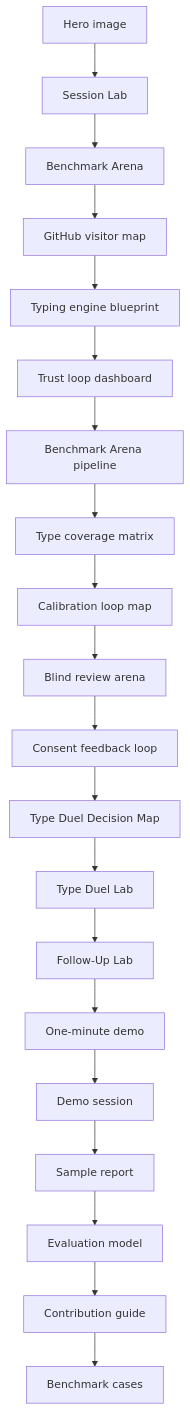
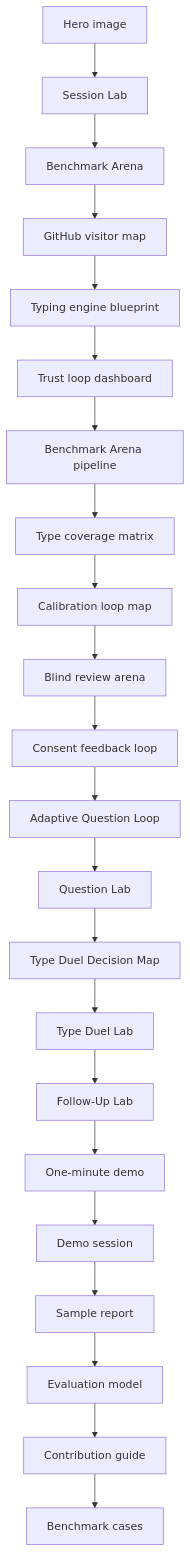
Before and after one commit to Zaoqu-Liu/mbti-typing-skill: the diagram in docs/visual-tour.md, drawn with Mermaid. The commit also changed other lines of this file and 21 other files, not shown here.

Commit message:
Add question lab

````diff
--- a/docs/visual-tour.md
+++ b/docs/visual-tour.md
@@ -220,22 +248,24 @@
 ```mermaid
 flowchart TD
     A[Hero image] --> B[Session Lab]
     B --> C[Benchmark Arena]
     C --> D[GitHub visitor map]
     D --> E[Typing engine blueprint]
     E --> F[Trust loop dashboard]
     F --> G[Benchmark Arena pipeline]
     G --> H[Type coverage matrix]
     H --> I[Calibration loop map]
     I --> J[Blind review arena]
     J --> K[Consent feedback loop]
-    K --> L[Type Duel Decision Map]
-    L --> M[Type Duel Lab]
-    M --> N[Follow-Up Lab]
-    N --> O[One-minute demo]
-    O --> P[Demo session]
-    P --> Q[Sample report]
-    Q --> R[Evaluation model]
-    R --> S[Contribution guide]
-    S --> T[Benchmark cases]
+    K --> L[Adaptive Question Loop]
+    L --> M[Question Lab]
+    M --> N[Type Duel Decision Map]
+    N --> O[Type Duel Lab]
+    O --> P[Follow-Up Lab]
+    P --> Q[One-minute demo]
+    Q --> R[Demo session]
+    R --> S[Sample report]
+    S --> T[Evaluation model]
+    T --> U[Contribution guide]
+    U --> V[Benchmark cases]
 ```
````
